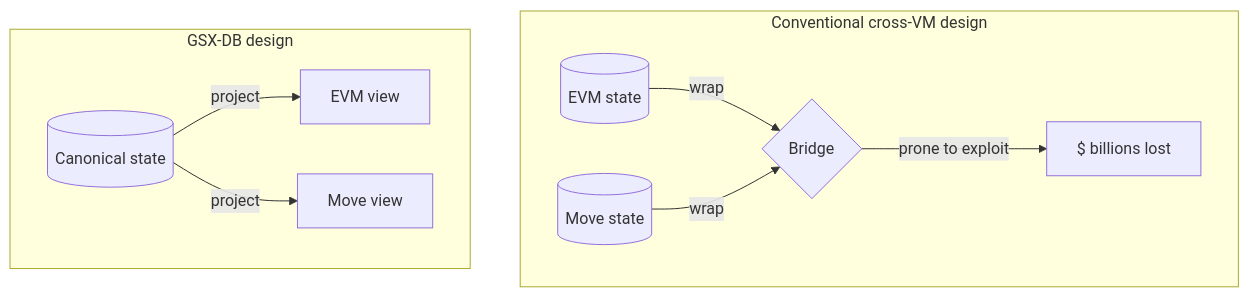
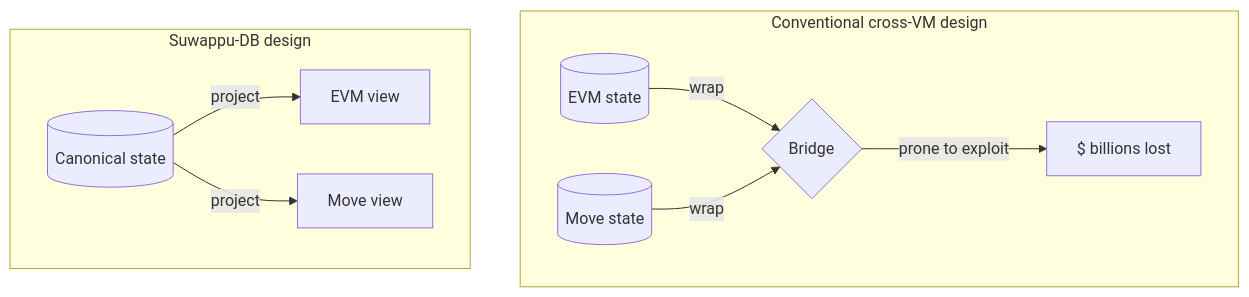
Before and after one commit to Suwappu-Labs/suwappu-db: the second of 4 diagrams in docs/architecture/dual-projection.md, drawn with Mermaid. The commit also changed other lines of this file and 232 other files, not shown here.

First line of the commit message:
chore: rebrand gsx-db -> suwappu-db (crates, code, docs)

````diff
--- a/docs/architecture/dual-projection.md
+++ b/docs/architecture/dual-projection.md
@@ -37,16 +37,16 @@
 ```mermaid
 flowchart TB
     subgraph Conventional["Conventional cross-VM design"]
         EVMState[(EVM state)]
         MoveState[(Move state)]
         Bridge{Bridge}
         EVMState -- wrap --> Bridge
         MoveState -- wrap --> Bridge
         Bridge -- prone to exploit --> Loss[$ billions lost]
     end
-    subgraph GSX["GSX-DB design"]
+    subgraph Suwappu["Suwappu-DB design"]
         Canonical[(Canonical state)]
         Canonical -- project --> EvmView[EVM view]
         Canonical -- project --> MoveView[Move view]
     end
 ```
````
